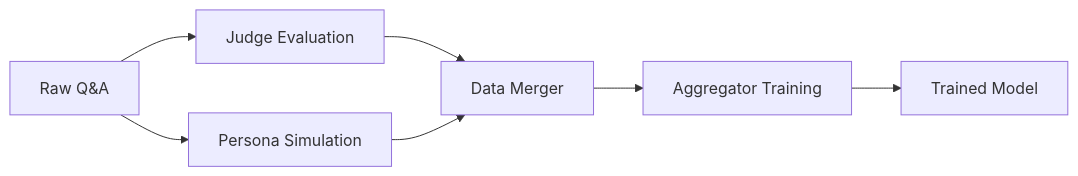
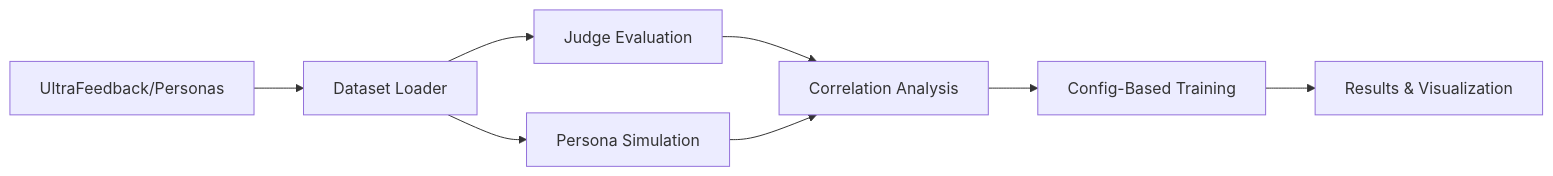
Before and after one commit to Eitan-Sprejer/multi-judge-interpretability: the diagram in pipeline/README.md, drawn with Mermaid. The commit also changed other lines of this file and 6 other files, not shown here.

````diff
--- a/pipeline/README.md
+++ b/pipeline/README.md
@@ -73,9 +147,10 @@
 ```mermaid
 graph LR
-    A[Raw Q&A] --> B[Judge Evaluation]
-    A --> C[Persona Simulation]
-    B --> D[Data Merger]
-    C --> D
-    D --> E[Aggregator Training]
-    E --> F[Trained Model]
+    A[UltraFeedback/Personas] --> B[Dataset Loader]
+    B --> C[Judge Evaluation]
+    B --> D[Persona Simulation]
+    C --> E[Correlation Analysis]
+    D --> E
+    E --> F[Config-Based Training]
+    F --> G[Results & Visualization]
 ```
````
